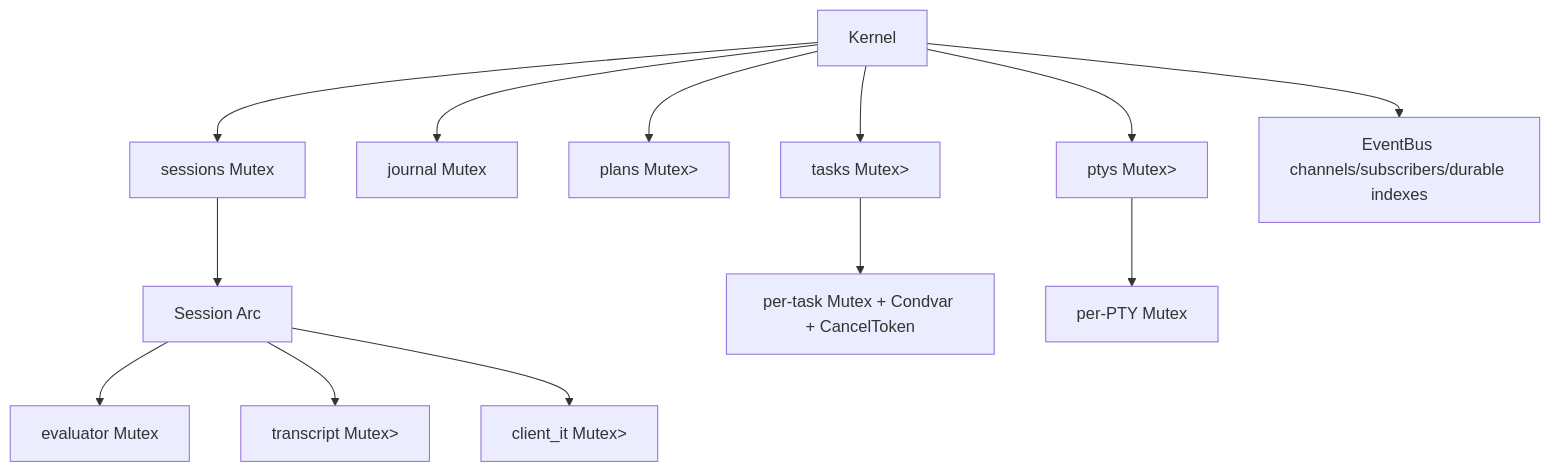
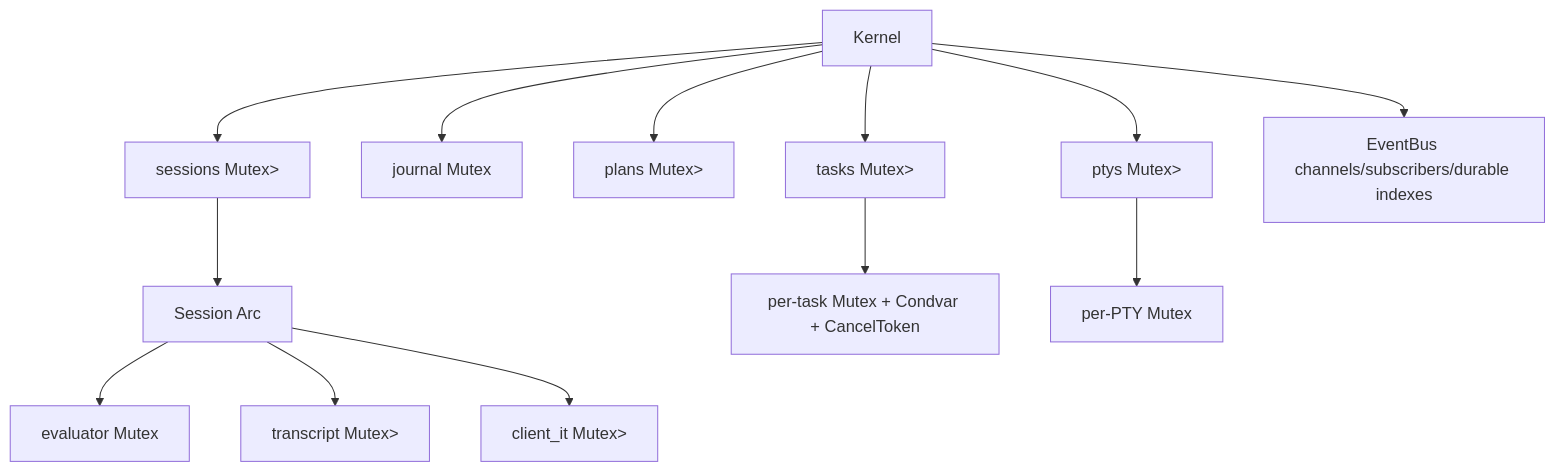
One commit to alliecatowo/shoal changed the second of 2 diagrams in site/content/internals/kernel-rpc-reference.md. Above: the diagram before and after it, drawn with Mermaid. The commit also changed other lines of this file and 33 other files, not shown here.

````diff
--- a/site/content/internals/kernel-rpc-reference.md
+++ b/site/content/internals/kernel-rpc-reference.md
@@ -530,17 +533,17 @@
 ```mermaid
 flowchart TB
 accTitle: State and lock map
 accDescr: Shows the components and relationships described in State and lock map.
-  Kernel --> Sessions["sessions Mutex<HashMap>"]
+  Kernel --> Sessions["sessions Mutex<HashMap<OwnerKey, Session>>"]
   Sessions --> Session["Session Arc"]
   Session --> Eval["evaluator Mutex"]
   Session --> Transcript["transcript Mutex<HashMap<Ref, Value>>"]
   Session --> It["client_it Mutex<HashMap<client, Ref>>"]
   Kernel --> Journal["journal Mutex<Journal>"]
   Kernel --> Plans["plans Mutex<HashMap<plan_ref, StoredPlan>>"]
   Kernel --> Tasks["tasks Mutex<HashMap<Ref, TaskEntry>>"]
   Kernel --> PTYs["ptys Mutex<HashMap<Ref, PtyEntry>>"]
   Kernel --> Bus["EventBus channels/subscribers/durable indexes"]
   Tasks --> TaskInner["per-task Mutex + Condvar + CancelToken"]
   PTYs --> PtyInner["per-PTY Mutex<PtySession>"]
 ```
````
